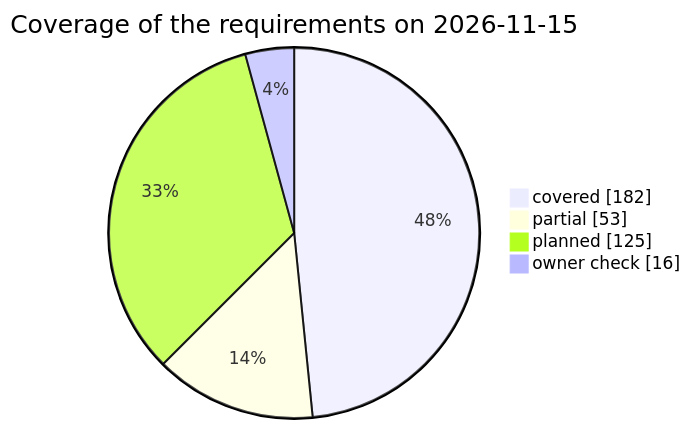
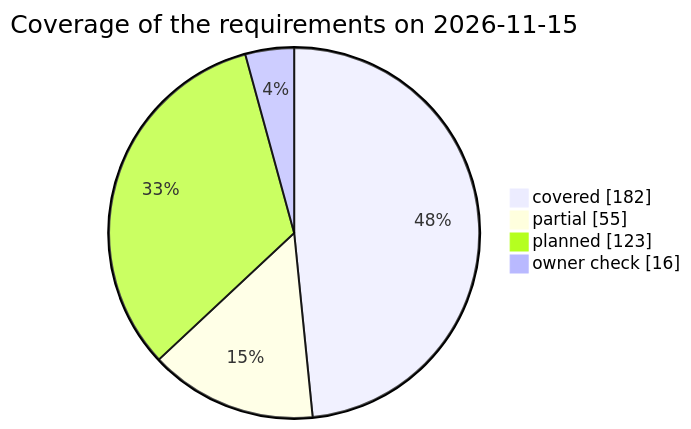
Before and after one commit to qa-io-vn/fnb-manager: the third of 3 diagrams in docs/test-plan.md, drawn with Mermaid. The commit also changed other lines of this file and 13 other files, not shown here.

````diff
--- a/docs/test-plan.md
+++ b/docs/test-plan.md
@@ -840,8 +840,8 @@
 ```mermaid
 pie showData
     title Coverage of the requirements on 2026-11-15
     "covered" : 182
-    "partial" : 53
-    "planned" : 125
+    "partial" : 55
+    "planned" : 123
     "owner check" : 16
 ```
````
